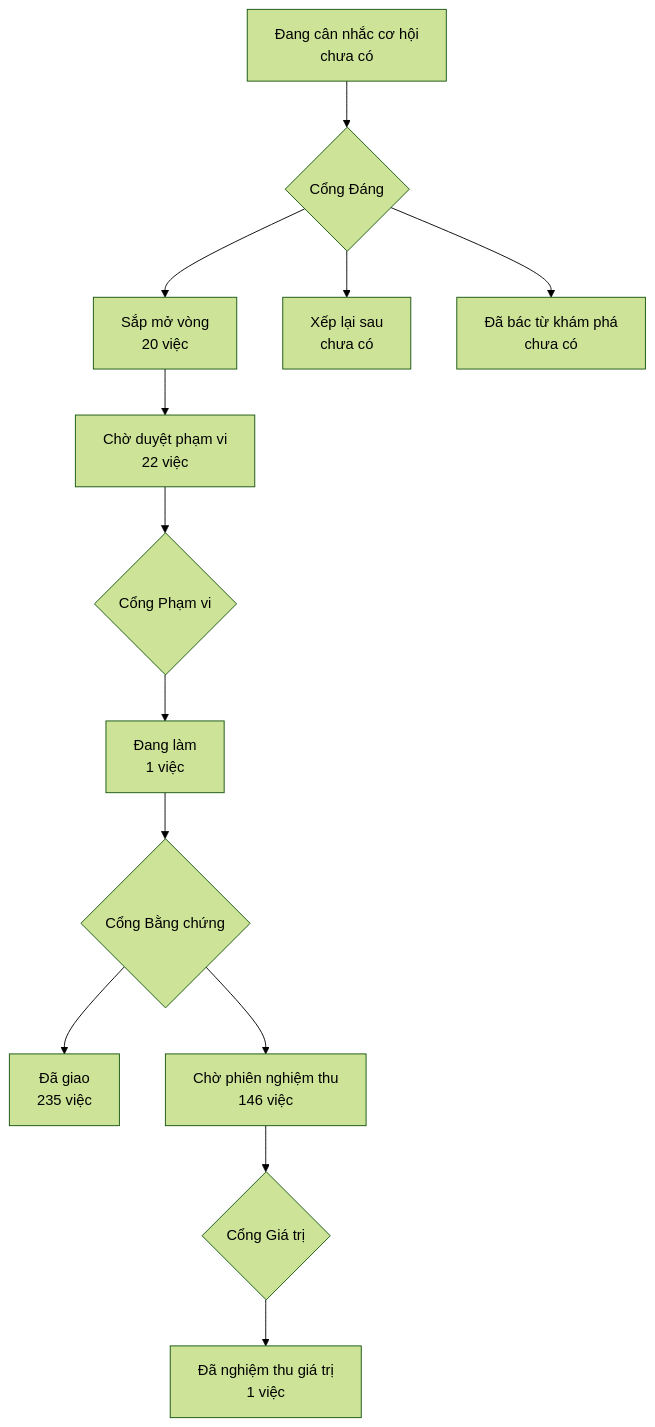
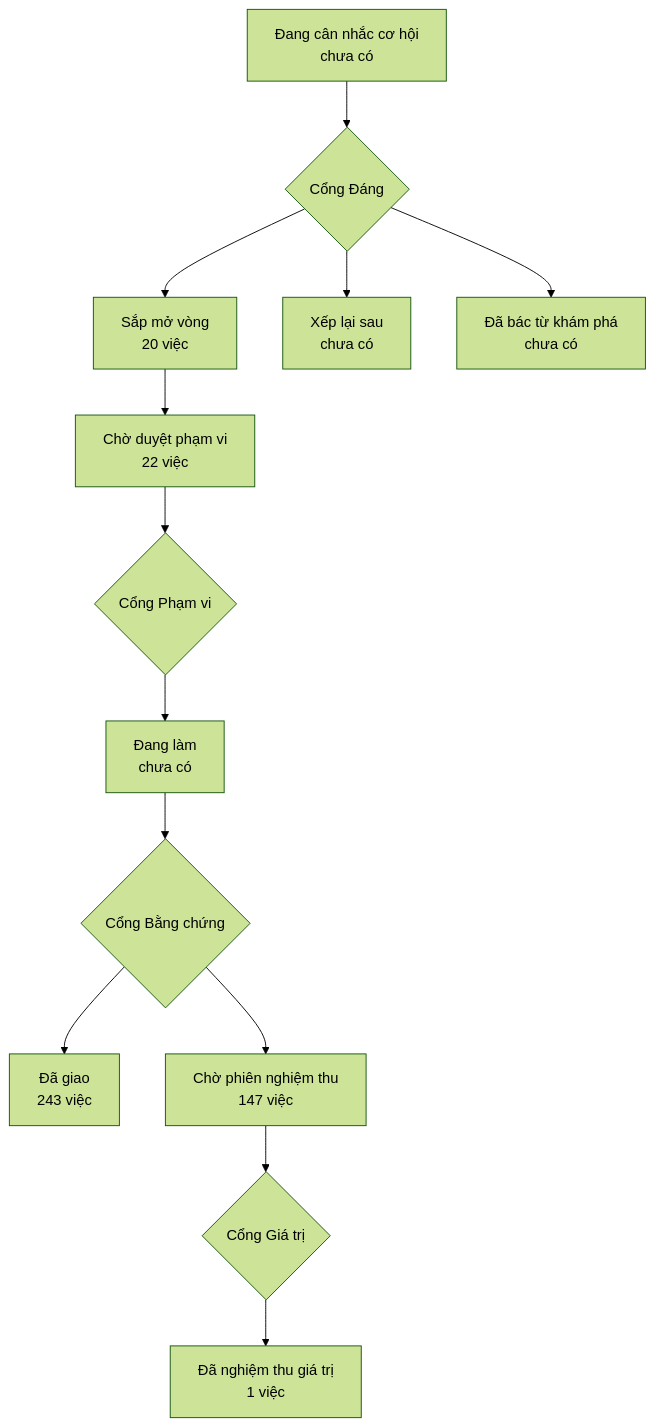
Before and after one commit to phanlemanh/onehub-invest: the diagram in PRODUCT-MAP.md, drawn with Mermaid (forest theme). The commit also changed other lines of this file and 5 other files, not shown here.

````diff
--- a/PRODUCT-MAP.md
+++ b/PRODUCT-MAP.md
@@ -7,12 +7,12 @@
 ```mermaid
 flowchart TD
   A["Đang cân nhắc cơ hội<br/>chưa có"] --> GD{"Cổng Đáng"}
   GD --> B["Sắp mở vòng<br/>20 việc"]
   GD --> XL["Xếp lại sau<br/>chưa có"]
   GD --> DB["Đã bác từ khám phá<br/>chưa có"]
   B --> CD["Chờ duyệt phạm vi<br/>22 việc"] --> GP{"Cổng Phạm vi"}
-  GP --> DL["Đang làm<br/>1 việc"] --> GB{"Cổng Bằng chứng"}
-  GB --> DG["Đã giao<br/>235 việc"]
-  GB --> CN["Chờ phiên nghiệm thu<br/>146 việc"] --> GG{"Cổng Giá trị"}
+  GP --> DL["Đang làm<br/>chưa có"] --> GB{"Cổng Bằng chứng"}
+  GB --> DG["Đã giao<br/>243 việc"]
+  GB --> CN["Chờ phiên nghiệm thu<br/>147 việc"] --> GG{"Cổng Giá trị"}
   GG --> NT["Đã nghiệm thu giá trị<br/>1 việc"]
 ```
````
